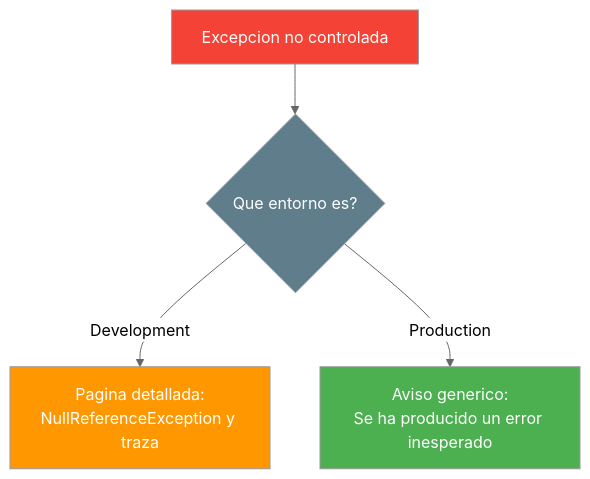
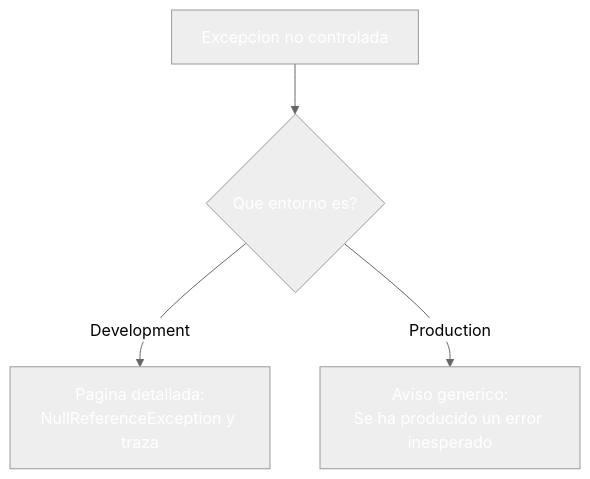
The sixth of 6 diagrams in 23-herramientas-debug.md (joseluisgs/DesarrolloWebEntornosServidor-03-2026-2027), drawn with Mermaid (neutral theme) before and after one commit. The commit also changed other lines of this file and 30 other files, not shown here.

````diff
--- a/23-herramientas-debug.md
+++ b/23-herramientas-debug.md
@@ -285,10 +285,10 @@
 ```mermaid
 graph TD
     X["Excepcion no controlada"] --> Q{"Que entorno es?"}
     Q -->|Development| D["Pagina detallada:<br/>NullReferenceException y traza"]
     Q -->|Production| P["Aviso generico:<br/>Se ha producido un error inesperado"]
-    style X fill:#f44336,color:#fff
-    style Q fill:#607D8B,color:#fff
-    style D fill:#FF9800,color:#fff
-    style P fill:#4CAF50,color:#fff
+    style X fill:#f4433,color:#fff6,color:#fff
+    style Q fill:#607D8,color:#fffB,color:#fff
+    style D fill:#FF980,color:#fff0,color:#fff
+    style P fill:#4CAF5,color:#fff0,color:#fff
 ```
````
